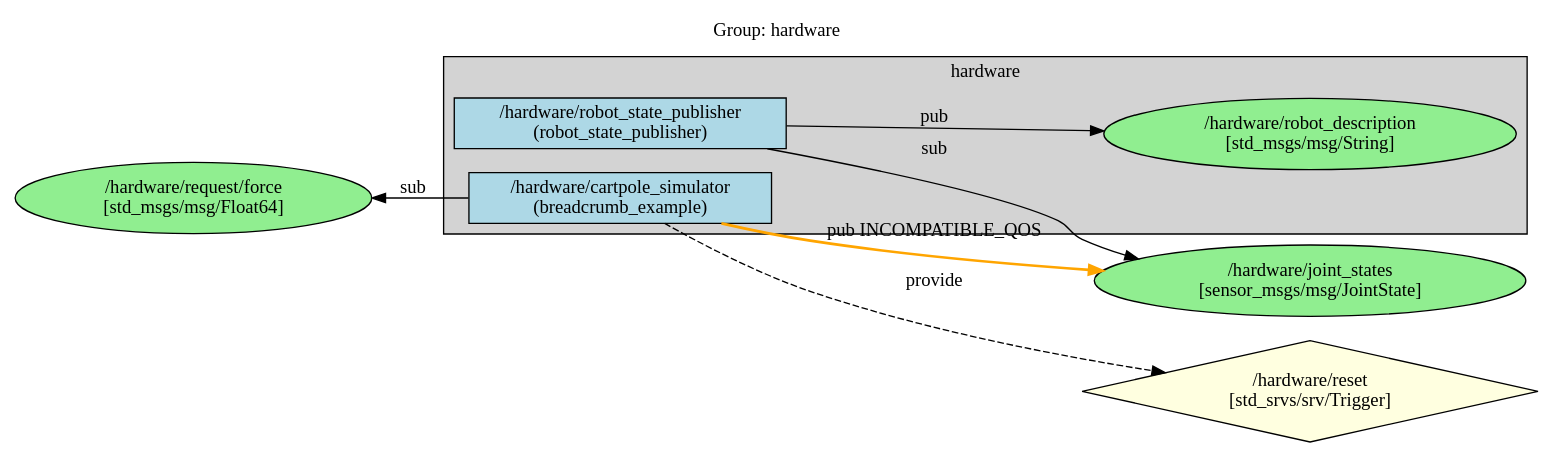
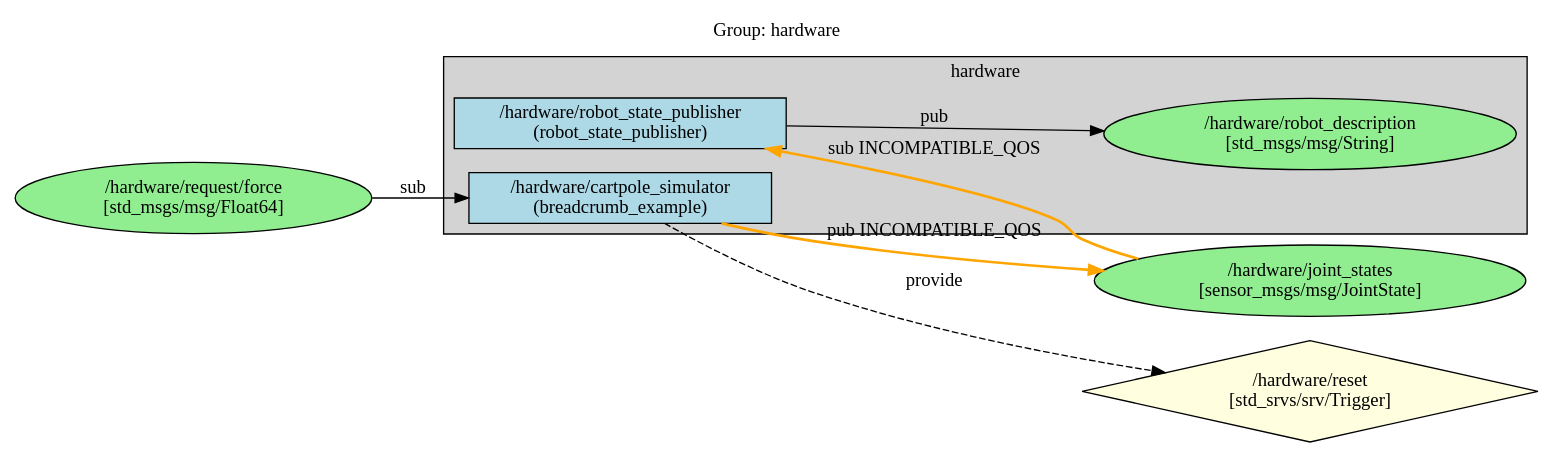
One commit to greenforge-labs/breadcrumb changed the diagram in breadcrumb_example/ros_graphs/graph_group_hardware.dot. Above: the diagram before and after it, drawn with Graphviz. The commit also changed 8 other files, not shown here.

```diff
--- a/breadcrumb_example/ros_graphs/graph_group_hardware.dot
+++ b/breadcrumb_example/ros_graphs/graph_group_hardware.dot
@@ -1,38 +1,38 @@
 digraph ROS2Group_hardware {
   rankdir=LR;
   node [shape=box];
   label="Group: hardware";
   labelloc=t;
 
   subgraph cluster_hardware {
     label="hardware";
     style=filled;
     fillcolor=lightgrey;
 
     // Group Nodes
     "/hardware/robot_state_publisher" [label="/hardware/robot_state_publisher\n(robot_state_publisher)", style=filled, fillcolor=lightblue];
     "/hardware/cartpole_simulator" [label="/hardware/cartpole_simulator\n(breadcrumb_example)", style=filled, fillcolor=lightblue];
 
     // Internal Topics
     "/hardware/robot_description" [label="/hardware/robot_description\n[std_msgs/msg/String]", shape=ellipse, style=filled, fillcolor=lightgreen];
   }
 
   // External Topics
   "/hardware/joint_states" [label="/hardware/joint_states\n[sensor_msgs/msg/JointState]", shape=ellipse, style=filled, fillcolor=lightgreen];
   "/hardware/request/force" [label="/hardware/request/force\n[std_msgs/msg/Float64]", shape=ellipse, style=filled, fillcolor=lightgreen];
 
   // External Services
   "/hardware/reset" [label="/hardware/reset\n[std_srvs/srv/Trigger]", shape=diamond, style=filled, fillcolor=lightyellow];
 
   // Internal Topic Edges
   "/hardware/robot_state_publisher" -> "/hardware/robot_description" [label="pub"];
 
   // External Topic Edges
   "/hardware/cartpole_simulator" -> "/hardware/joint_states" [label="pub INCOMPATIBLE_QOS", color=orange, style=bold];
-  "/hardware/joint_states" -> "/hardware/robot_state_publisher" [label="sub", dir=back];
-  "/hardware/request/force" -> "/hardware/cartpole_simulator" [label="sub", dir=back];
+  "/hardware/joint_states" -> "/hardware/robot_state_publisher" [label="sub INCOMPATIBLE_QOS", color=orange, style=bold];
+  "/hardware/request/force" -> "/hardware/cartpole_simulator" [label="sub"];
 
   // External Service Edges
   "/hardware/cartpole_simulator" -> "/hardware/reset" [label="provide", style=dashed];
 
 }
```
